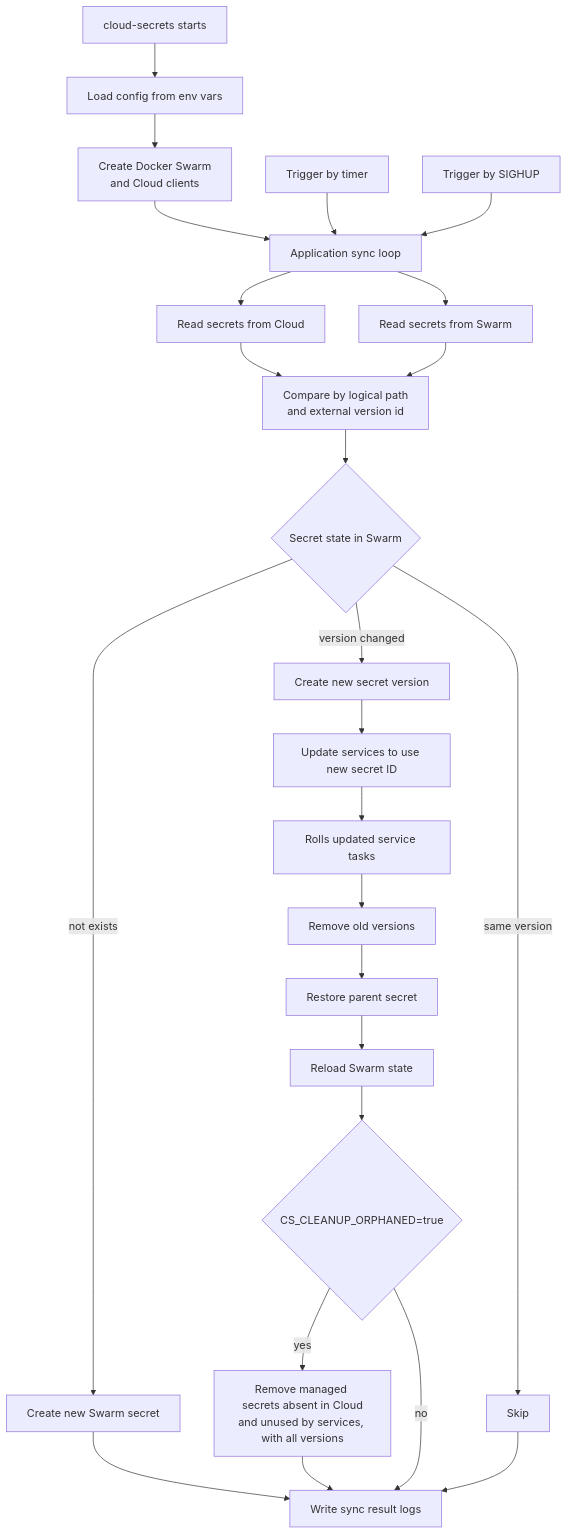
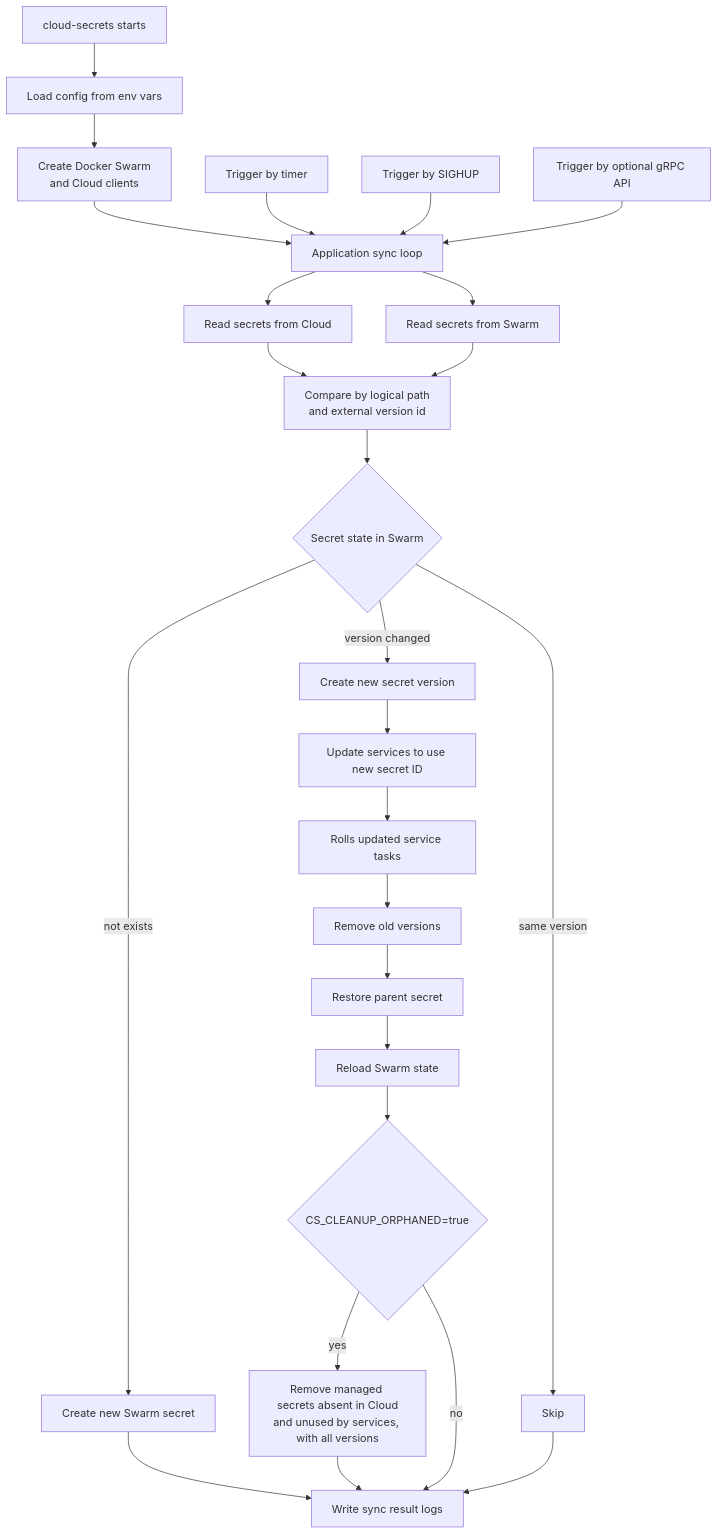
Before and after one commit to swarm-deploy/cloud-secrets: the diagram in docs/architecture.md, drawn with Mermaid. The commit also changed 18 other files, not shown here.

Commit message:
feat: add optional gRPC controller API

````diff
--- a/docs/architecture.md
+++ b/docs/architecture.md
@@ -7,32 +7,33 @@
 ```mermaid
 flowchart TD
     A[cloud-secrets starts] --> B[Load config from env vars]
     B --> C["Create Docker Swarm<br/>and Cloud clients"]
     C --> E[Application sync loop]
 
     F[Trigger by timer] --> E
     Q[Trigger by SIGHUP] --> E
+    W[Trigger by optional gRPC API] --> E
 
     E --> G[Read secrets from Cloud]
     E --> H[Read secrets from Swarm]
     G --> I["Compare by logical path<br/>and external version id"]
     H --> I
 
     I --> J{Secret state in Swarm}
     J -->|not exists| K[Create new Swarm secret]
     J -->|version changed| L[Create new secret version]
     J -->|same version| M[Skip]
 
     L --> N["Update services to use new secret ID"]
     N --> R[Rolls updated service tasks]
     R --> O[Remove old versions]
     O --> S[Restore parent secret]
     S --> T["Reload Swarm state"]
     T --> U{"CS_CLEANUP_ORPHANED=true"}
     U -->|yes| V["Remove managed secrets absent in Cloud<br/>and unused by services, with all versions"]
     U -->|no| P
 
     K --> P[Write sync result logs]
     V --> P
     M --> P
 ```
````
